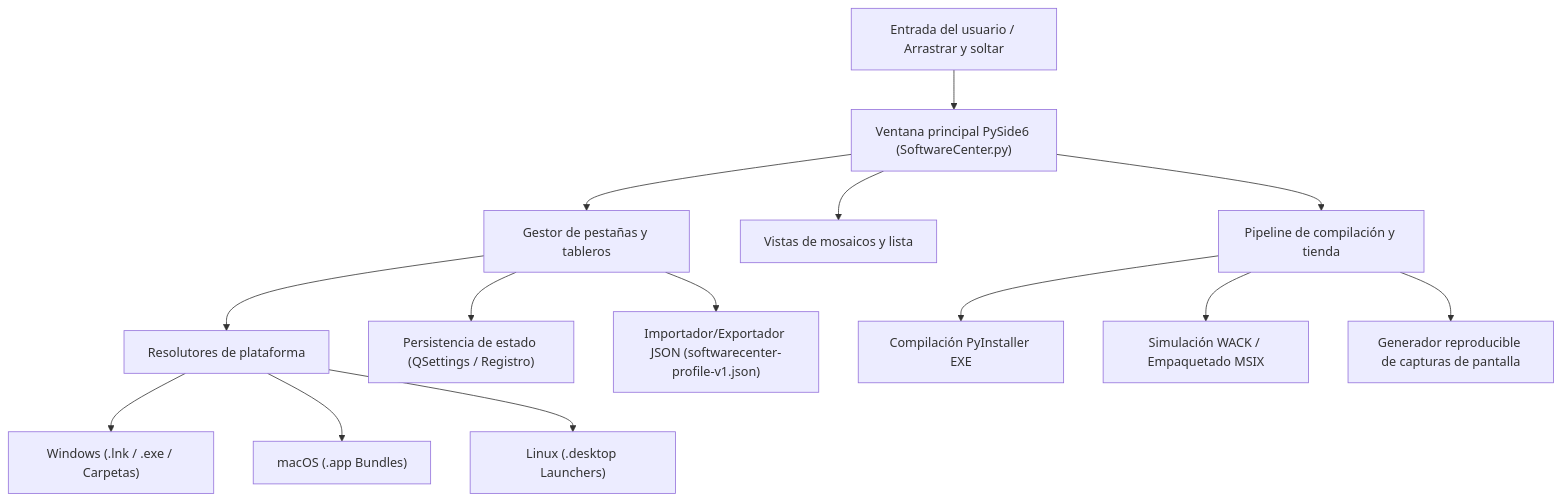
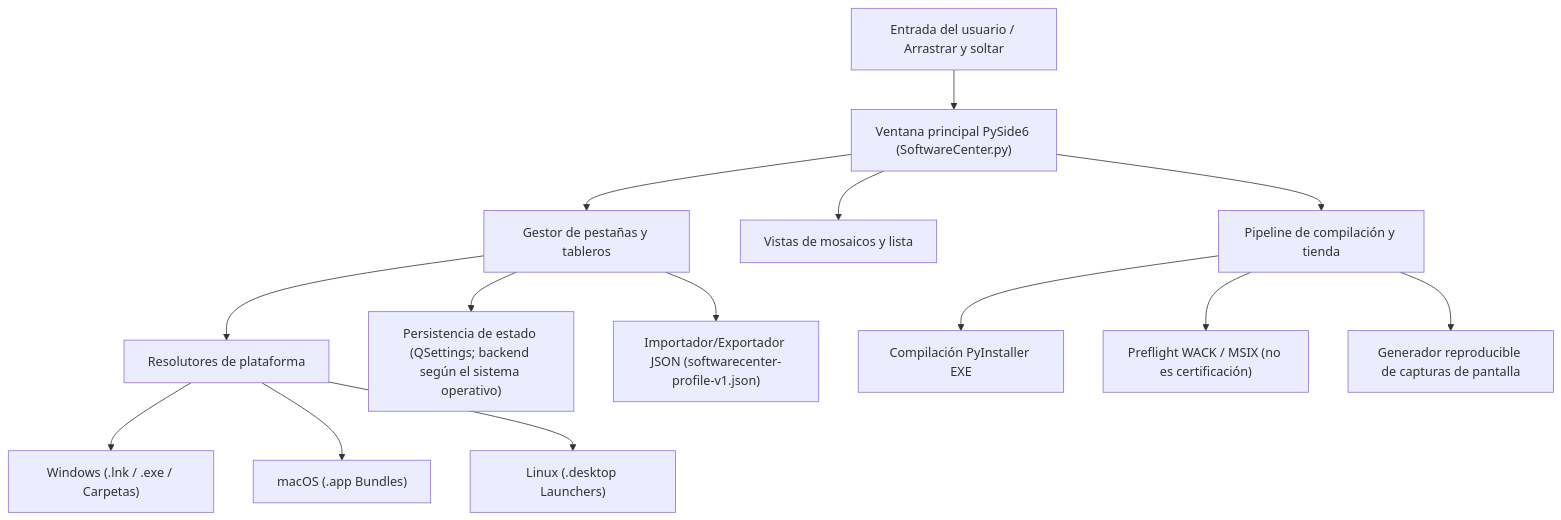
One commit to file-bricks/SoftwareCenter changed the first of 2 diagrams in README.es.md. Above: the diagram before and after it, drawn with Mermaid. The commit also changed other lines of this file and 6 other files, not shown here.

````diff
--- a/README.es.md
+++ b/README.es.md
@@ -116,19 +117,19 @@
 ```mermaid
 graph TD
     A["Entrada del usuario / Arrastrar y soltar"] --> B["Ventana principal PySide6 (SoftwareCenter.py)"]
     B --> C["Gestor de pestañas y tableros"]
     B --> D["Vistas de mosaicos y lista"]
     
     C --> E["Resolutores de plataforma"]
     E --> E1["Windows (.lnk / .exe / Carpetas)"]
     E --> E2["macOS (.app Bundles)"]
     E --> E3["Linux (.desktop Launchers)"]
     
-    C --> F["Persistencia de estado (QSettings / Registro)"]
+    C --> F["Persistencia de estado (QSettings; backend según el sistema operativo)"]
     C --> G["Importador/Exportador JSON (softwarecenter-profile-v1.json)"]
     
     B --> H["Pipeline de compilación y tienda"]
     H --> H1["Compilación PyInstaller EXE"]
-    H --> H2["Simulación WACK / Empaquetado MSIX"]
+    H --> H2["Preflight WACK / MSIX (no es certificación)"]
     H --> H3["Generador reproducible de capturas de pantalla"]
 ```
````
